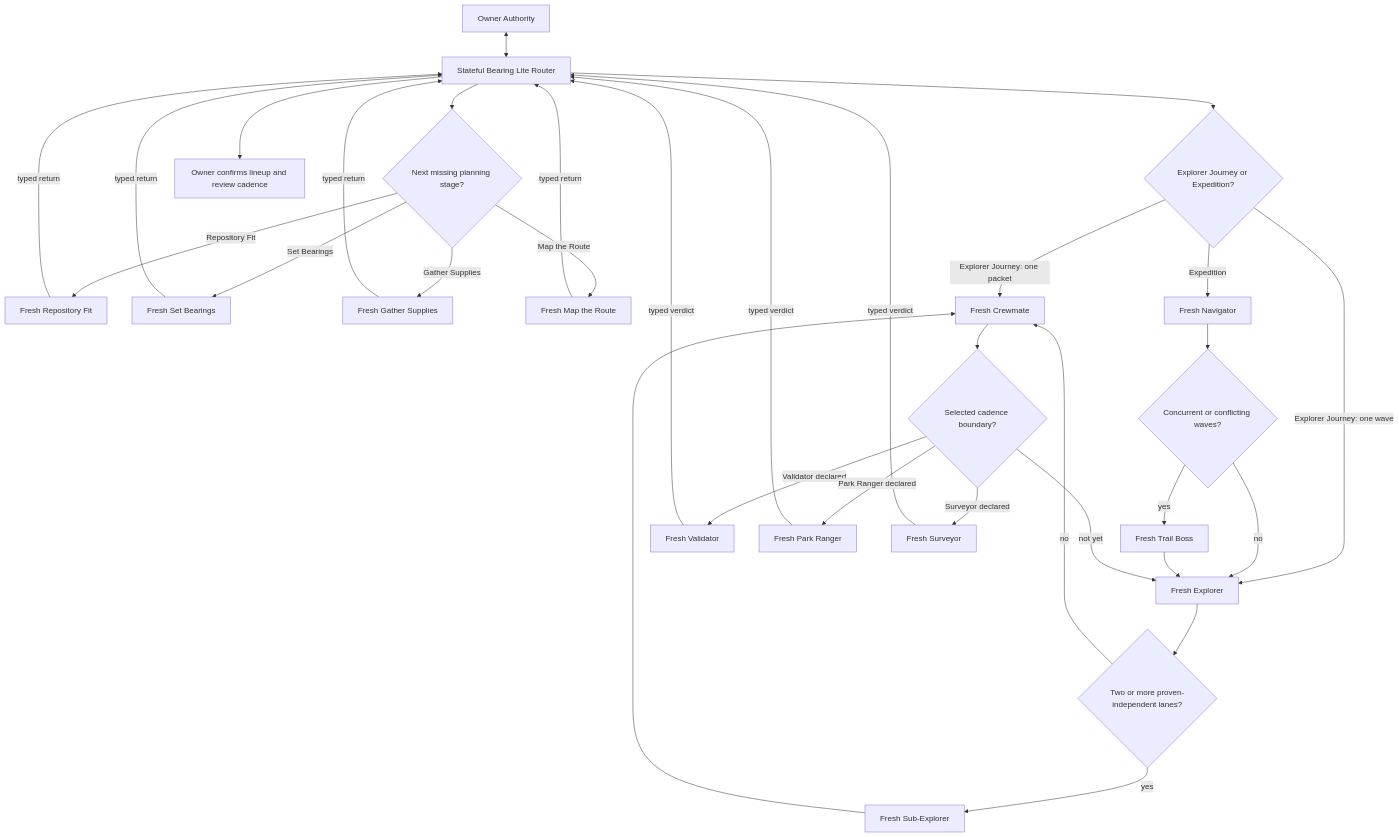
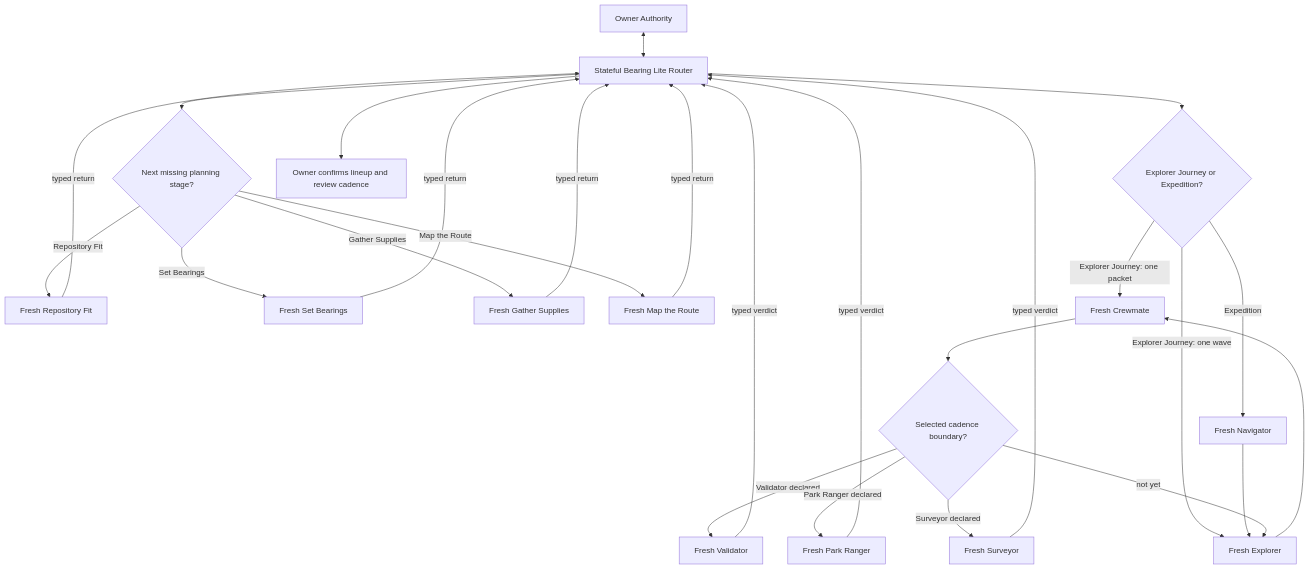
Before and after one commit to alphazede/bearing: the diagram in skills/bearing-lite/references/role-routing.mmd, drawn with Mermaid. The commit also changed 28 other files, not shown here.

```diff
--- a/skills/bearing-lite/references/role-routing.mmd
+++ b/skills/bearing-lite/references/role-routing.mmd
@@ -1,27 +1,21 @@
 flowchart TD
     O[Owner Authority] <--> R[Stateful Bearing Lite Router]
     R --> J{Explorer Journey or Expedition?}
     R --> P{Next missing planning stage?}
     P -->|Repository Fit| PF[Fresh Repository Fit]
     P -->|Set Bearings| SB[Fresh Set Bearings]
     P -->|Gather Supplies| GS[Fresh Gather Supplies]
     P -->|Map the Route| MR[Fresh Map the Route]
     PF & SB & GS & MR -->|typed return| R
     R --> L[Owner confirms lineup and review cadence]
     J -->|Explorer Journey: one packet| C[Fresh Crewmate]
     J -->|Explorer Journey: one wave| E[Fresh Explorer]
     J -->|Expedition| N[Fresh Navigator]
-    N --> TB{Concurrent or conflicting waves?}
-    TB -->|yes| T[Fresh Trail Boss]
-    TB -->|no| E
-    T --> E
-    E --> X{Two or more proven-independent lanes?}
-    X -->|yes| SE[Fresh Sub-Explorer]
-    SE --> C
-    X -->|no| C
+    N --> E
+    E --> C
     C --> A{Selected cadence boundary?}
     A -->|Validator declared| V[Fresh Validator]
     A -->|Park Ranger declared| PK[Fresh Park Ranger]
     A -->|Surveyor declared| S[Fresh Surveyor]
     A -->|not yet| E
     V & PK & S -->|typed verdict| R
```
